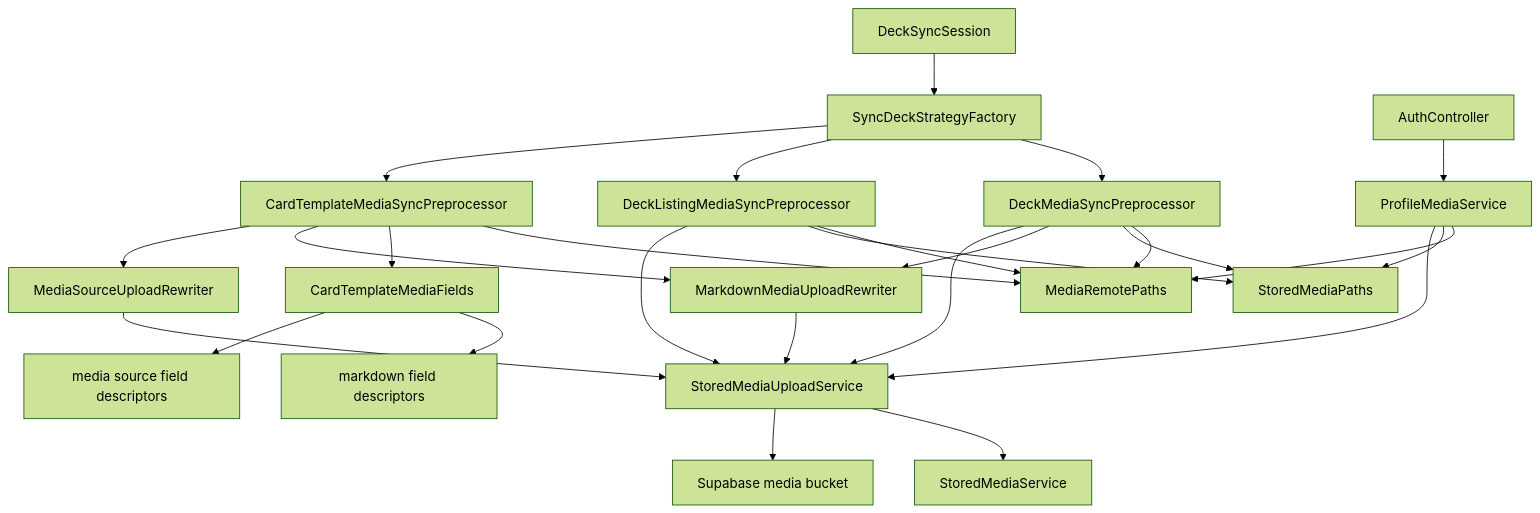
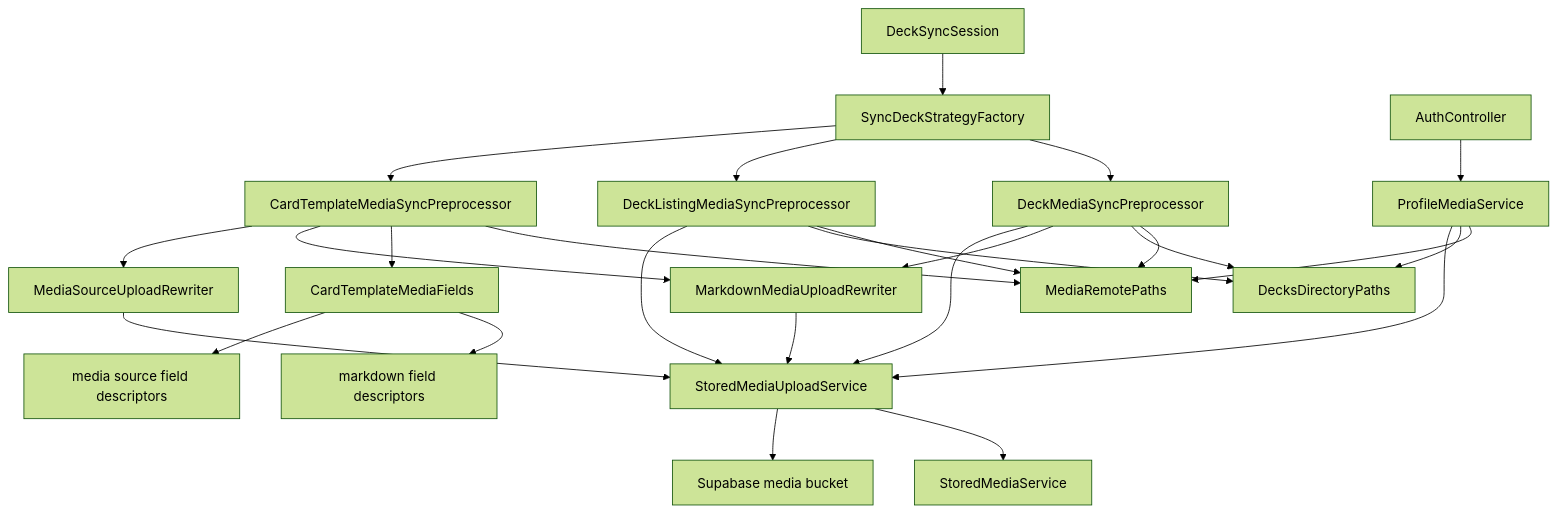
Before and after one commit to GuyWithBag/boo_mondai: diagram 17 of 18 in documentation/refactor/stored_media_sync_refactor_graphs.md, drawn with Mermaid (forest theme). The commit also changed other lines of this file and 11 other files, not shown here.

````diff
--- a/documentation/refactor/stored_media_sync_refactor_graphs.md
+++ b/documentation/refactor/stored_media_sync_refactor_graphs.md
@@ -389,39 +389,39 @@
 ```mermaid
 flowchart TD
     DeckSyncSession["DeckSyncSession"]
     StrategyFactory["SyncDeckStrategyFactory"]
 
     DeckSyncSession --> StrategyFactory
 
     StrategyFactory --> DeckPre["DeckMediaSyncPreprocessor"]
     StrategyFactory --> ListingPre["DeckListingMediaSyncPreprocessor"]
     StrategyFactory --> CardPre["CardTemplateMediaSyncPreprocessor"]
 
     AuthController["AuthController"] --> ProfileMedia["ProfileMediaService"]
 
     DeckPre --> MediaPaths["MediaRemotePaths"]
     ListingPre --> MediaPaths
     CardPre --> MediaPaths
     ProfileMedia --> MediaPaths
 
-    DeckPre --> StoredPaths["StoredMediaPaths"]
+    DeckPre --> StoredPaths["DecksDirectoryPaths"]
     ListingPre --> StoredPaths
     ProfileMedia --> StoredPaths
 
     CardPre --> CardFields["CardTemplateMediaFields"]
     CardFields --> MarkdownFields["markdown field descriptors"]
     CardFields --> SourceFields["media source field descriptors"]
 
     DeckPre --> MarkdownRewriter["MarkdownMediaUploadRewriter"]
     CardPre --> MarkdownRewriter
     CardPre --> SourceUploader["MediaSourceUploadRewriter"]
 
     MarkdownRewriter --> UploadService["StoredMediaUploadService"]
     SourceUploader --> UploadService
     DeckPre --> UploadService
     ListingPre --> UploadService
     ProfileMedia --> UploadService
 
     UploadService --> StoredMediaService["StoredMediaService"]
     UploadService --> Bucket["Supabase media bucket"]
 ```
````
